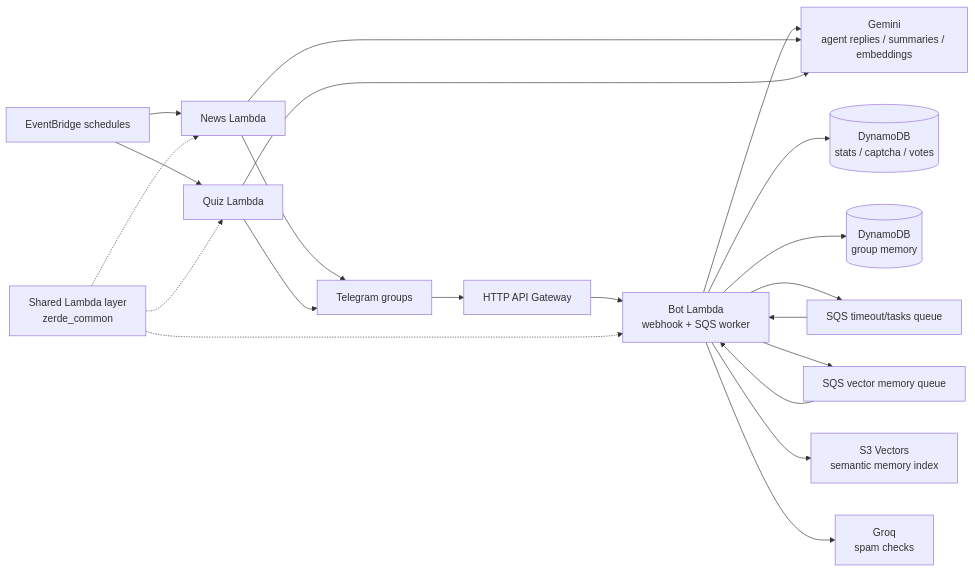
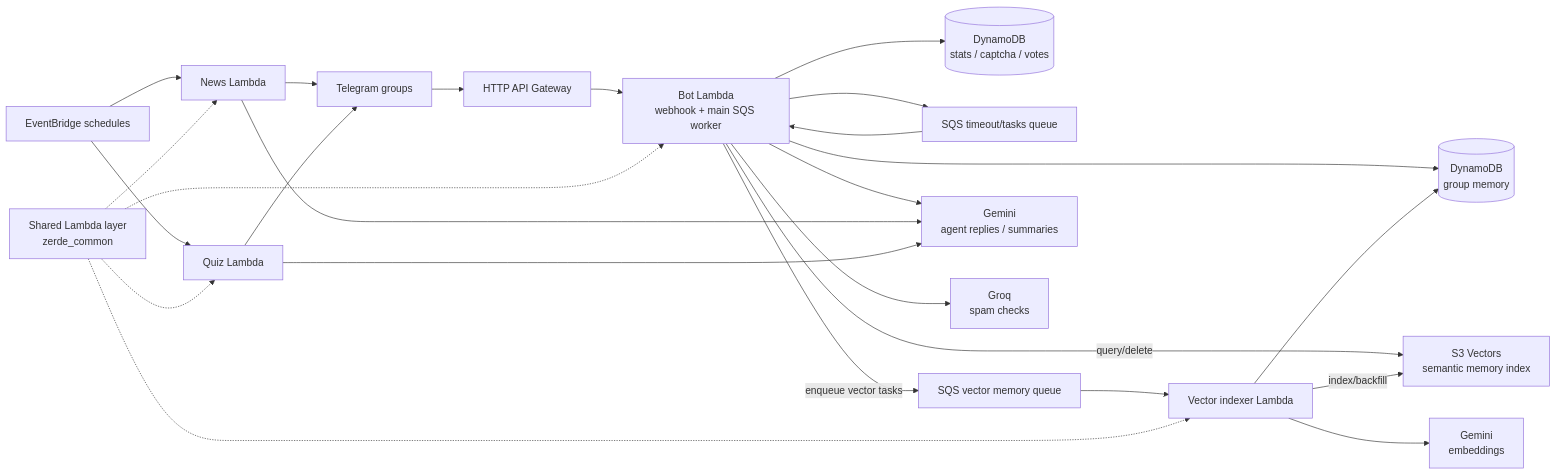
One commit to Bayashat/zerde-serverless-bot changed the diagram in README.md. Above: the diagram before and after it, drawn with Mermaid. The commit also changed other lines of this file and 9 other files, not shown here.

Commit message:
docs: align vector indexer architecture (#119)

````diff
--- a/README.md
+++ b/README.md
@@ -56,28 +56,32 @@
 ```mermaid
 flowchart LR
   TG["Telegram groups"] --> APIGW["HTTP API Gateway"]
-  APIGW --> BOT["Bot Lambda<br/>webhook + SQS worker"]
+  APIGW --> BOT["Bot Lambda<br/>webhook + main SQS worker"]
 
   BOT --> STATS[("DynamoDB<br/>stats / captcha / votes")]
   BOT --> MEMORY[("DynamoDB<br/>group memory")]
   BOT --> MAINQ["SQS timeout/tasks queue"]
   MAINQ --> BOT
 
-  BOT --> VQ["SQS vector memory queue"]
-  VQ --> BOT
-  BOT --> S3V["S3 Vectors<br/>semantic memory index"]
+  BOT -- "enqueue vector tasks" --> VQ["SQS vector memory queue"]
+  VQ --> VIDX["Vector indexer Lambda"]
+  BOT -- "query/delete" --> S3V["S3 Vectors<br/>semantic memory index"]
+  VIDX -- "index/backfill" --> S3V
+  VIDX --> MEMORY
 
-  BOT --> GEMINI["Gemini<br/>agent replies / summaries / embeddings"]
+  BOT --> GEMINI["Gemini<br/>agent replies / summaries"]
+  VIDX --> GEMINI_EMB["Gemini<br/>embeddings"]
   BOT --> GROQ["Groq<br/>spam checks"]
 
   EB["EventBridge schedules"] --> NEWS["News Lambda"]
   EB --> QUIZ["Quiz Lambda"]
   NEWS --> GEMINI
   QUIZ --> GEMINI
   NEWS --> TG
   QUIZ --> TG
 
   LAYER["Shared Lambda layer<br/>zerde_common"] -.-> BOT
+  LAYER -.-> VIDX
   LAYER -.-> NEWS
   LAYER -.-> QUIZ
 ```
````
